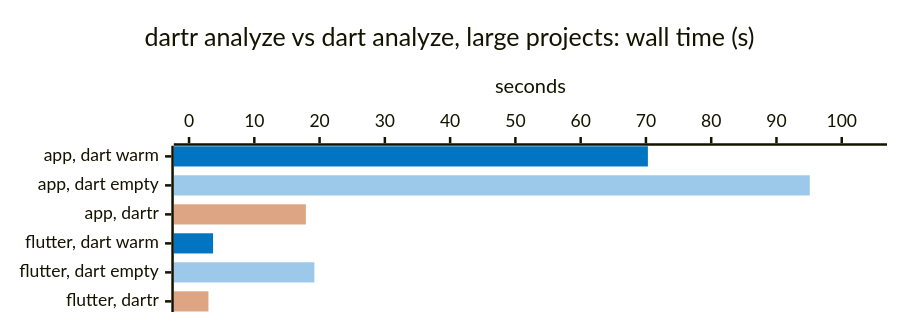
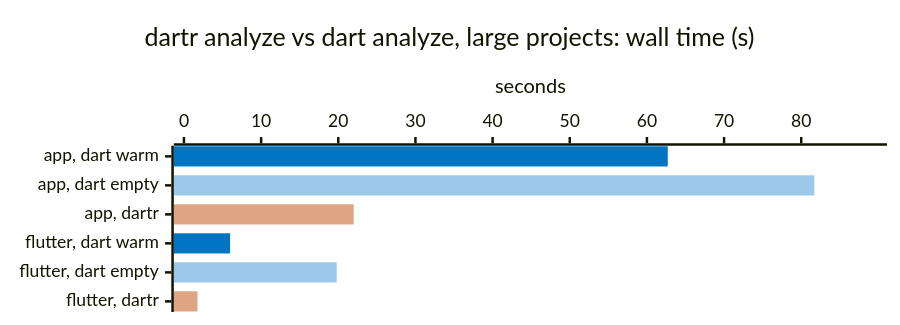
One commit to orestesgaolin/dartr changed the first of 14 diagrams in docs/BENCHMARKS.md. Above: the diagram before and after it, drawn with Mermaid. The commit also changed other lines of this file and 1 other file, not shown here.

Commit message:
docs(bench): results after CPU round 5 and the plugin fix; charts updated

````diff
--- a/docs/BENCHMARKS.md
+++ b/docs/BENCHMARKS.md
@@ -17,18 +17,18 @@
 ```mermaid
 ---
 config:
   xyChart:
     height: 240
   themeVariables:
     xyChart:
       plotColorPalette: "#0175C2, #9CC8EA, #DEA584"
 ---
 xychart-beta horizontal
     %% -100 = no bar: one series per measurement gives each its own color
     title "dartr analyze vs dart analyze, large projects: wall time (s)"
     x-axis ["app, dart warm", "app, dart empty", "app, dartr", "flutter, dart warm", "flutter, dart empty", "flutter, dartr"]
-    y-axis "seconds" 0 --> 104.6
-    bar [70.3, -100, -100, 3.68, -100, -100]
-    bar [-100, 95.1, -100, -100, 19.2, -100]
-    bar [-100, -100, 17.9, -100, -100, 2.97]
+    y-axis "seconds" 0 --> 89.8
+    bar [62.7, -100, -100, 5.98, -100, -100]
+    bar [-100, 81.7, -100, -100, 19.8, -100]
+    bar [-100, -100, 22.0, -100, -100, 1.75]
 ```
````
